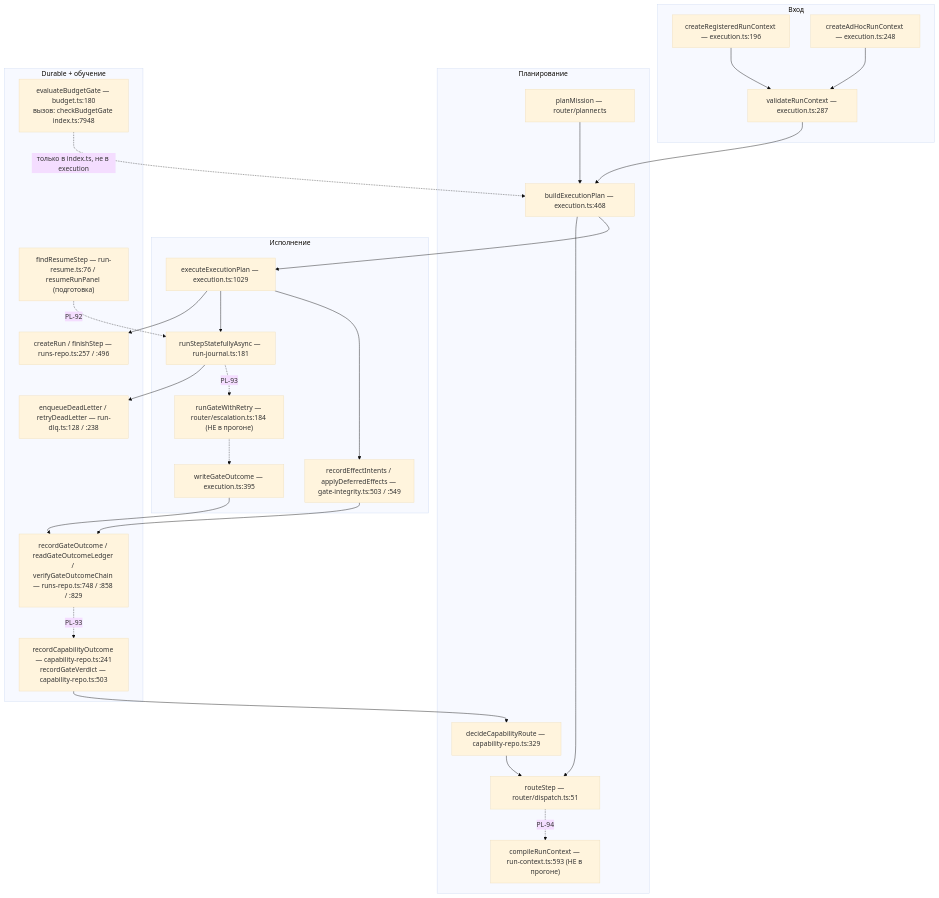
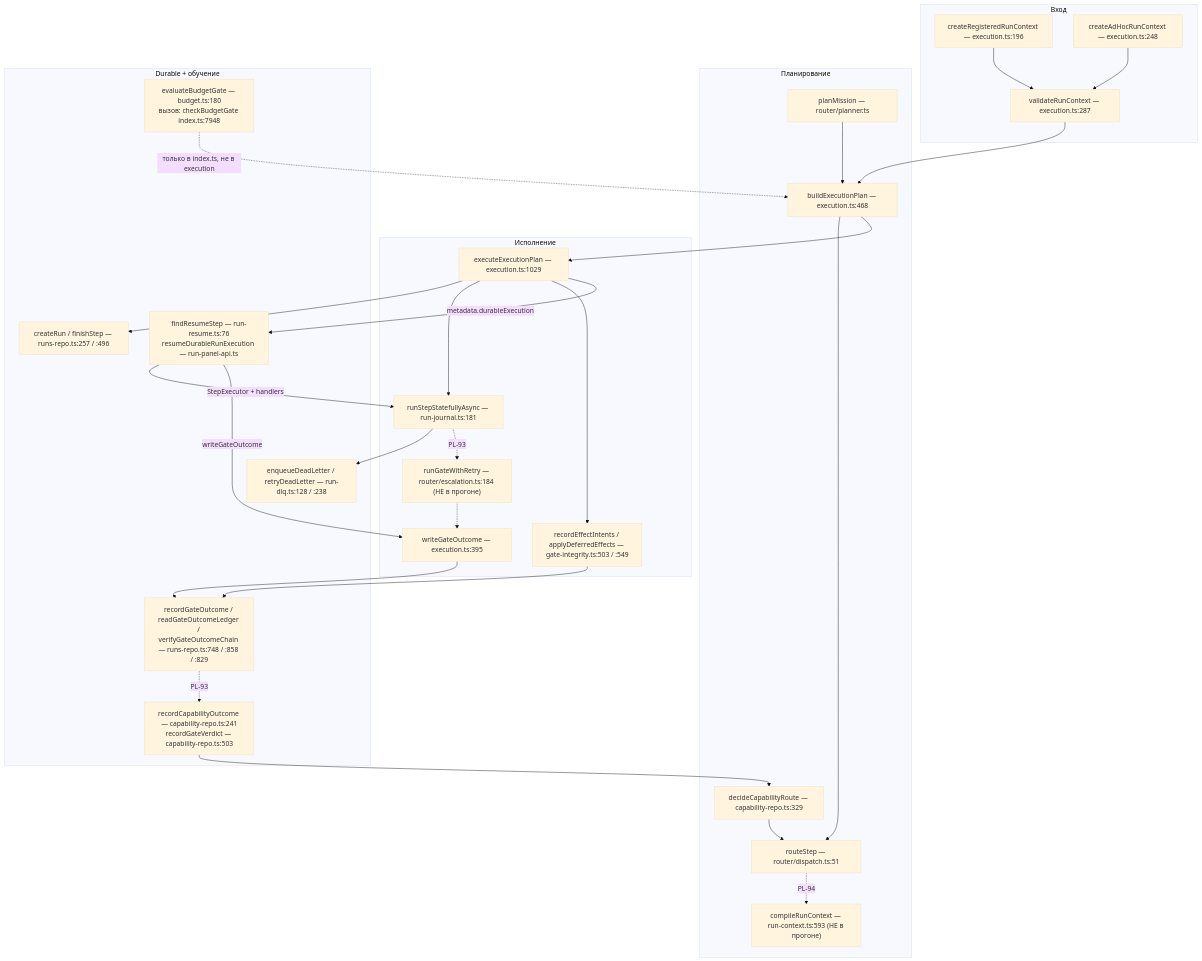
Before and after one commit to DeadSno/agent-steward: the third of 4 diagrams in docs/ARCHITECTURE-DIAGRAMS.md, drawn with Mermaid (base theme). The commit also changed other lines of this file and 10 other files, not shown here.

Commit message:
fix(resume): execute durable steps from saved descriptor [PL-92]

````diff
--- a/docs/ARCHITECTURE-DIAGRAMS.md
+++ b/docs/ARCHITECTURE-DIAGRAMS.md
@@ -230,54 +230,56 @@
 ```mermaid
 flowchart TB
     subgraph entry["Вход"]
         CR["createRegisteredRunContext — execution.ts:196"]
         CAH["createAdHocRunContext — execution.ts:248"]
         VRC["validateRunContext — execution.ts:287"]
     end
 
     subgraph plan["Планирование"]
         PLAN["planMission — router/planner.ts"]
         BP["buildExecutionPlan — execution.ts:468"]
         ROUTE["routeStep — router/dispatch.ts:51"]
         DECIDE["decideCapabilityRoute — capability-repo.ts:329"]
         COMPILE["compileRunContext — run-context.ts:593 (НЕ в прогоне)"]
     end
 
     subgraph run["Исполнение"]
         EXEC["executeExecutionPlan — execution.ts:1029"]
         JOUR["runStepStatefullyAsync — run-journal.ts:181"]
         WG["writeGateOutcome — execution.ts:395"]
         GATE["runGateWithRetry — router/escalation.ts:184 (НЕ в прогоне)"]
         EFFECT["recordEffectIntents / applyDeferredEffects — gate-integrity.ts:503 / :549"]
     end
 
     subgraph persist["Durable + обучение"]
         RUNS["createRun / finishStep — runs-repo.ts:257 / :496"]
         LEDGER["recordGateOutcome / readGateOutcomeLedger / verifyGateOutcomeChain — runs-repo.ts:748 / :858 / :829"]
         CAP["recordCapabilityOutcome — capability-repo.ts:241<br/>recordGateVerdict — capability-repo.ts:503"]
-        RESUME["findResumeStep — run-resume.ts:76 / resumeRunPanel (подготовка)"]
+        RESUME["findResumeStep — run-resume.ts:76<br/>resumeDurableRunExecution — run-panel-api.ts"]
         DLQ["enqueueDeadLetter / retryDeadLetter — run-dlq.ts:128 / :238"]
         BUDGET["evaluateBudgetGate — budget.ts:180<br/>вызов: checkBudgetGate index.ts:7948"]
     end
 
     CR --> VRC
     CAH --> VRC
     VRC --> BP
     PLAN --> BP
     BP --> ROUTE
     DECIDE --> ROUTE
     BP --> EXEC
     EXEC --> RUNS
     EXEC --> JOUR
     EXEC --> EFFECT
     EFFECT --> LEDGER
     WG --> LEDGER
     CAP --> DECIDE
     JOUR --> DLQ
     BUDGET -.->|только в index.ts, не в execution| BP
     ROUTE -.->|PL-94| COMPILE
     JOUR -.->|PL-93| GATE
     GATE -.-> WG
     LEDGER -.->|PL-93| CAP
-    RESUME -.->|PL-92| JOUR
+    EXEC -->|metadata.durableExecution| RESUME
+    RESUME -->|StepExecutor + handlers| JOUR
+    RESUME -->|writeGateOutcome| WG
 ```
````
